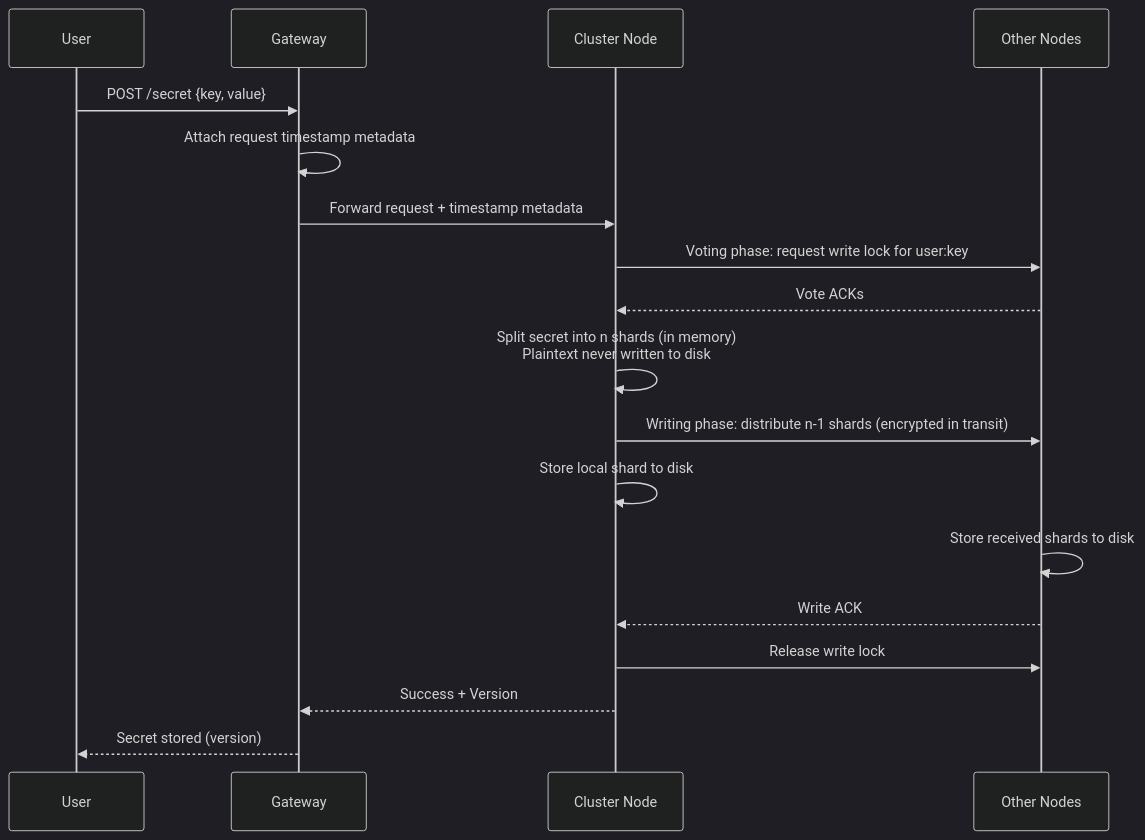
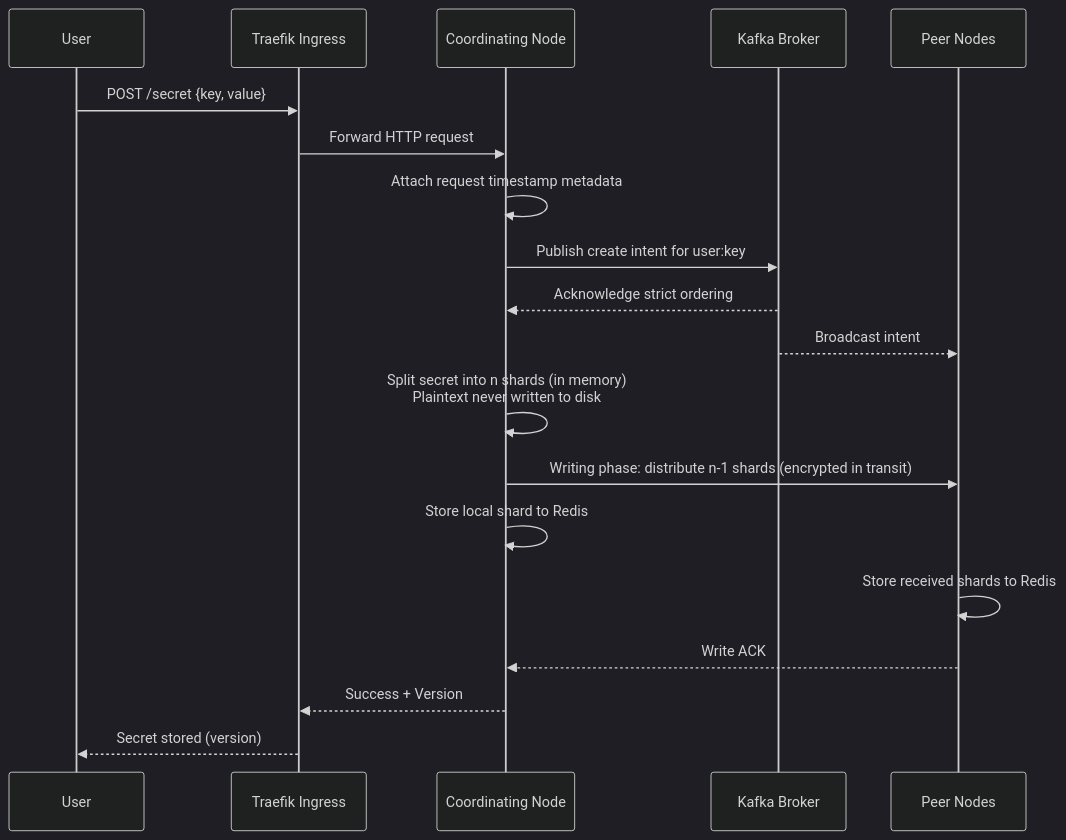
One commit to S26-Distributed-Capstone/DistributedSecretsVault changed the second of 6 diagrams in docs/architecture.md. Above: the diagram before and after it, drawn with Mermaid (dark theme). The commit also changed other lines of this file and 7 other files, not shown here.

````diff
--- a/docs/architecture.md
+++ b/docs/architecture.md
@@ -48,21 +48,22 @@
 ```mermaid
 sequenceDiagram
     participant User
-    participant Gateway
-    participant Node as Cluster Node
-    participant Cluster as Other Nodes
+    participant Ingress as Traefik Ingress
+    participant Node as Coordinating Node
+    participant Kafka as Kafka Broker
+    participant Cluster as Peer Nodes
 
-    User->>Gateway: POST /secret {key, value}
-    Gateway->>Gateway: Attach request timestamp metadata
-    Gateway->>Node: Forward request + timestamp metadata
-    Node->>Cluster: Voting phase: request write lock for user:key
-    Cluster-->>Node: Vote ACKs
+    User->>Ingress: POST /secret {key, value}
+    Ingress->>Node: Forward HTTP request
+    Node->>Node: Attach request timestamp metadata
+    Node->>Kafka: Publish create intent for user:key
+    Kafka-->>Node: Acknowledge strict ordering
+    Kafka-->>Cluster: Broadcast intent
     Node->>Node: Split secret into n shards (in memory)<br/>Plaintext never written to disk
     Node->>Cluster: Writing phase: distribute n-1 shards (encrypted in transit)
-    Node->>Node: Store local shard to disk
-    Cluster->>Cluster: Store received shards to disk
+    Node->>Node: Store local shard to Redis
+    Cluster->>Cluster: Store received shards to Redis
     Cluster-->>Node: Write ACK
-    Node->>Cluster: Release write lock
-    Node-->>Gateway: Success + Version
-    Gateway-->>User: Secret stored (version)
+    Node-->>Ingress: Success + Version
+    Ingress-->>User: Secret stored (version)
 ```
````
